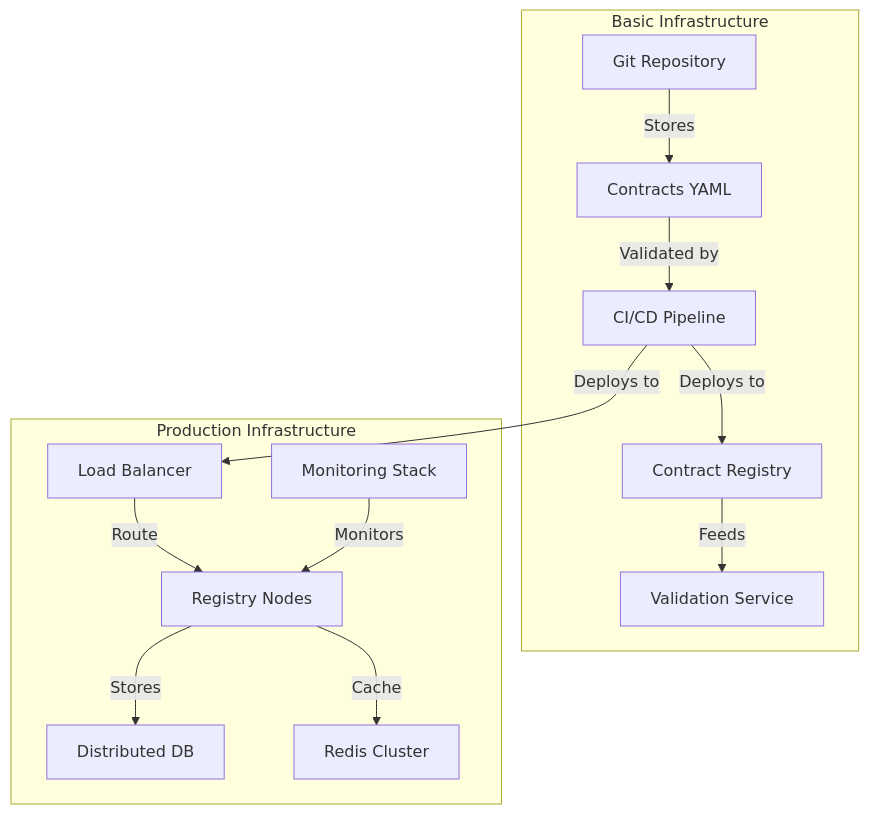
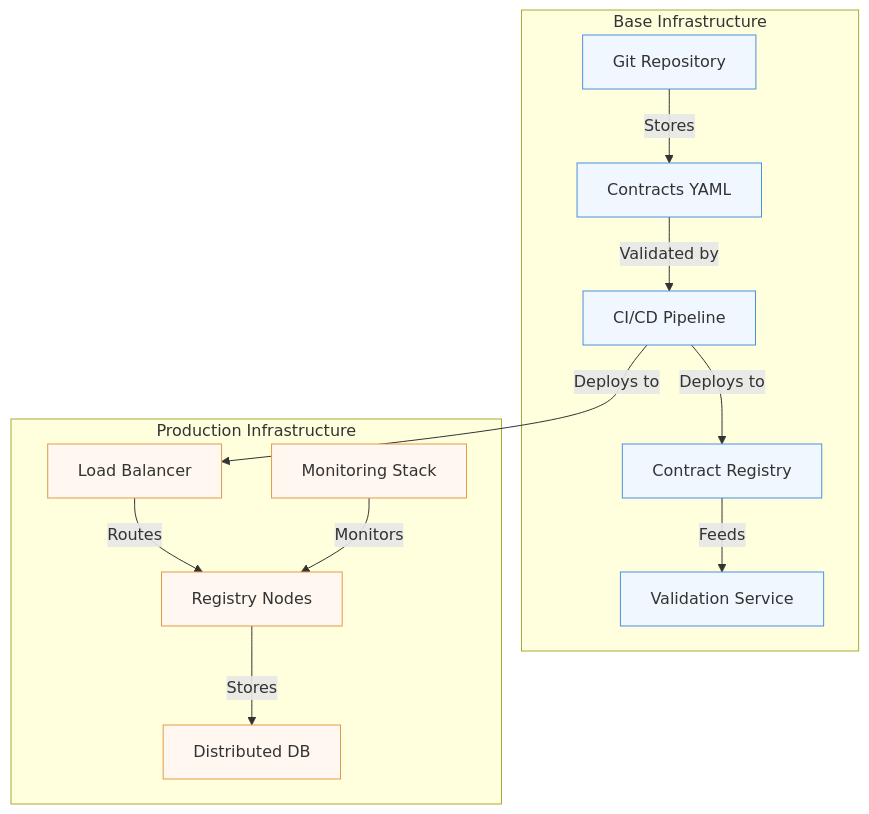
Before and after one commit to monmaya/pyb-data-contracts: the diagram in docs/en/articles/05-implementation.md, drawn with Mermaid. The commit also changed other lines of this file and 15 other files, not shown here.

````diff
--- a/docs/en/articles/05-implementation.md
+++ b/docs/en/articles/05-implementation.md
@@ -9,18 +11,34 @@
 ```mermaid
 graph TD
-    subgraph "Basic Infrastructure"
-        A[Git Repository] -->|Stores| B[Contracts YAML]
-        B -->|Validated by| C[CI/CD Pipeline]
-        C -->|Deploys to| D[Contract Registry]
-        D -->|Feeds| E[Validation Service]
+    subgraph Infra_Base["Base Infrastructure"]
+        Git[Git Repository]
+        Yaml[Contracts YAML]
+        Pipeline[CI/CD Pipeline]
+        Registry[Contract Registry]
+        Validation[Validation Service]
+
+        Git -->|Stores| Yaml
+        Yaml -->|Validated by| Pipeline
+        Pipeline -->|Deploys to| Registry
+        Registry -->|Feeds| Validation
     end
+
+    subgraph Infra_Prod["Production Infrastructure"]
+        LB[Load Balancer]
+        Nodes[Registry Nodes]
+        DB[Distributed DB]
+        Monitor[Monitoring Stack]
+
+        LB -->|Routes| Nodes
+        Nodes -->|Stores| DB
+        Monitor -->|Monitors| Nodes
+    end
+
+    Pipeline -->|Deploys to| LB
+
+    classDef infraBase fill:#f0f7ff,stroke:#4a90e2
+    classDef infraProd fill:#fff7f0,stroke:#e29a4a
     
-    subgraph "Production Infrastructure"
-        F[Load Balancer] -->|Route| G[Registry Nodes]
-        G -->|Stores| H[Distributed DB]
-        G -->|Cache| I[Redis Cluster]
-        J[Monitoring Stack] -->|Monitors| G
-    end
-    
-    C -->|Deploys to| F
+    class Git,Yaml,Pipeline,Registry,Validation infraBase
+    class LB,Nodes,DB,Monitor infraProd
 ```
````
